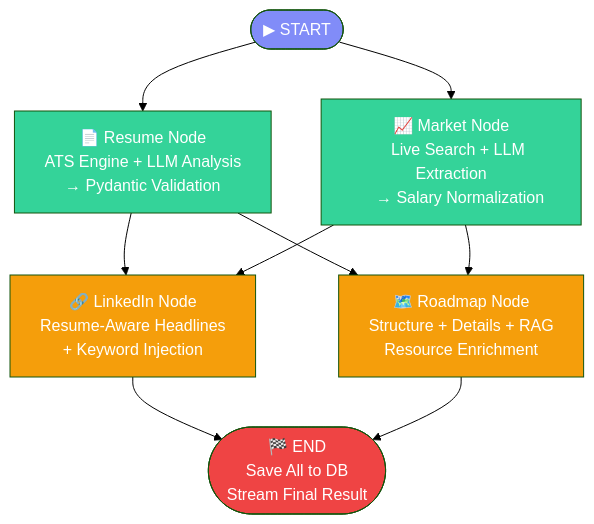
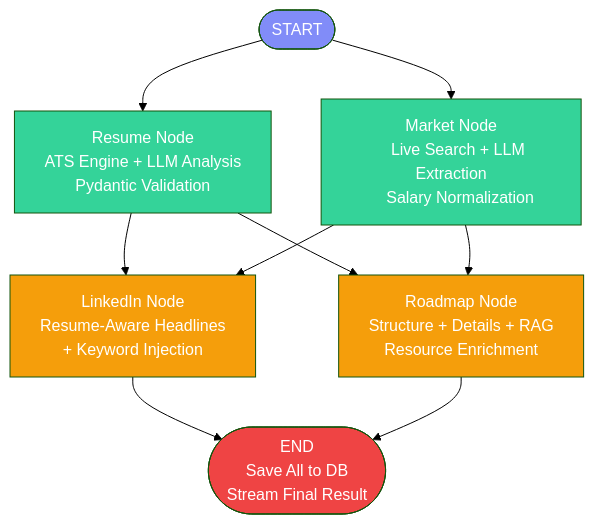
One commit to Anil-Pradhan-web/ai-career-mentor changed the ninth of 12 diagrams in README.md. Above: the diagram before and after it, drawn with Mermaid (forest theme). The commit also changed other lines of this file and 2 other files, not shown here.

Commit message:
docs: add high-resolution system architecture diagram image to README.md and ARCHITECTURE.md

````diff
--- a/README.md
+++ b/README.md
@@ -421,34 +421,34 @@
 ```mermaid
 graph TD
     classDef startCls fill:#818cf8,color:#fff
     classDef phase1 fill:#34d399,color:#fff
     classDef phase2 fill:#f59e0b,color:#fff
     classDef endCls fill:#ef4444,color:#fff
 
-    START(["▶ START"]) --> RESUME["📄 Resume Node
+    START(["START"]) --> RESUME["Resume Node
     ATS Engine + LLM Analysis
-    → Pydantic Validation"]
-    START --> MARKET["📈 Market Node
+    Pydantic Validation"]
+    START --> MARKET["Market Node
     Live Search + LLM Extraction
-    → Salary Normalization"]
+    Salary Normalization"]
 
-    RESUME --> LINKEDIN["🔗 LinkedIn Node
+    RESUME --> LINKEDIN["LinkedIn Node
     Resume-Aware Headlines
     + Keyword Injection"]
     MARKET --> LINKEDIN
 
-    RESUME --> ROADMAP["🗺️ Roadmap Node
+    RESUME --> ROADMAP["Roadmap Node
     Structure + Details + RAG
     Resource Enrichment"]
     MARKET --> ROADMAP
 
-    LINKEDIN --> END_NODE(["🏁 END
+    LINKEDIN --> END_NODE(["END
     Save All to DB
     Stream Final Result"])
     ROADMAP --> END_NODE
 
     class START startCls
     class RESUME,MARKET phase1
     class LINKEDIN,ROADMAP phase2
     class END_NODE endCls
 ```
````
